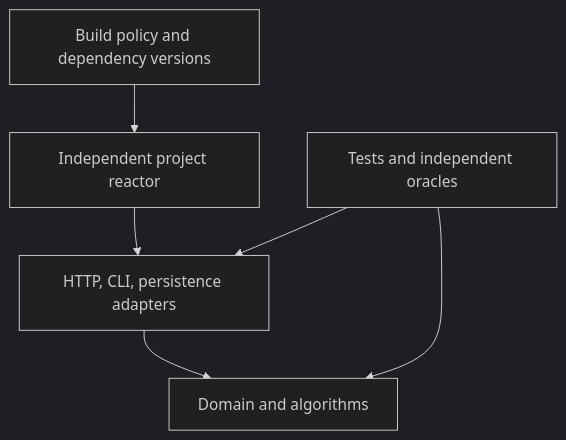
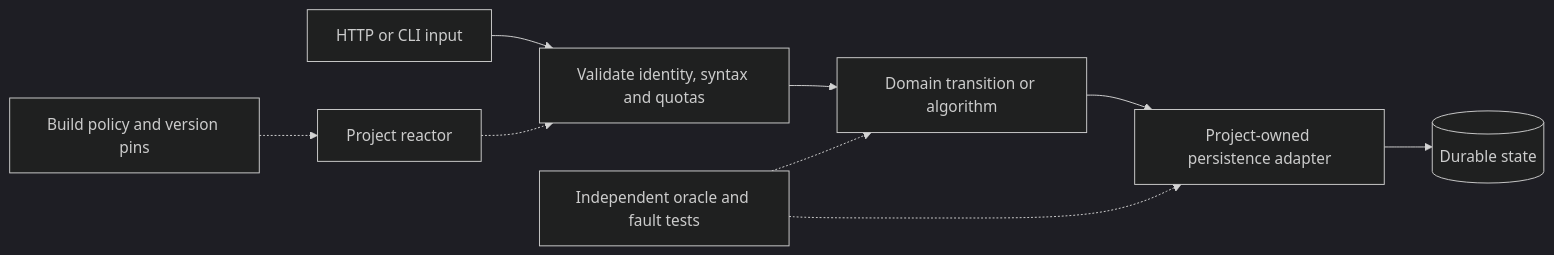
Before and after one commit to cheshmakzanoon-ops/Java-portfolio: the diagram in docs/architecture.md, drawn with Mermaid (dark theme). The commit also changed other lines of this file and 7 other files, not shown here.

````diff
--- a/docs/architecture.md
+++ b/docs/architecture.md
@@ -5,8 +5,11 @@
 ```mermaid
-flowchart TD
-    Parent[Build policy and dependency versions] --> Project[Independent project reactor]
-    Project --> Adapters[HTTP, CLI, persistence adapters]
-    Adapters --> Domain[Domain and algorithms]
-    Verification[Tests and independent oracles] --> Domain
-    Verification --> Adapters
+flowchart LR
+    Parent[Build policy and version pins] -.-> Reactor[Project reactor]
+    Client[HTTP or CLI input] --> Adapter[Validate identity, syntax and quotas]
+    Adapter --> Domain[Domain transition or algorithm]
+    Domain --> Persistence[Project-owned persistence adapter]
+    Persistence --> Durable[(Durable state)]
+    Oracle[Independent oracle and fault tests] -.-> Domain
+    Oracle -.-> Persistence
+    Reactor -.-> Adapter
 ```
````
